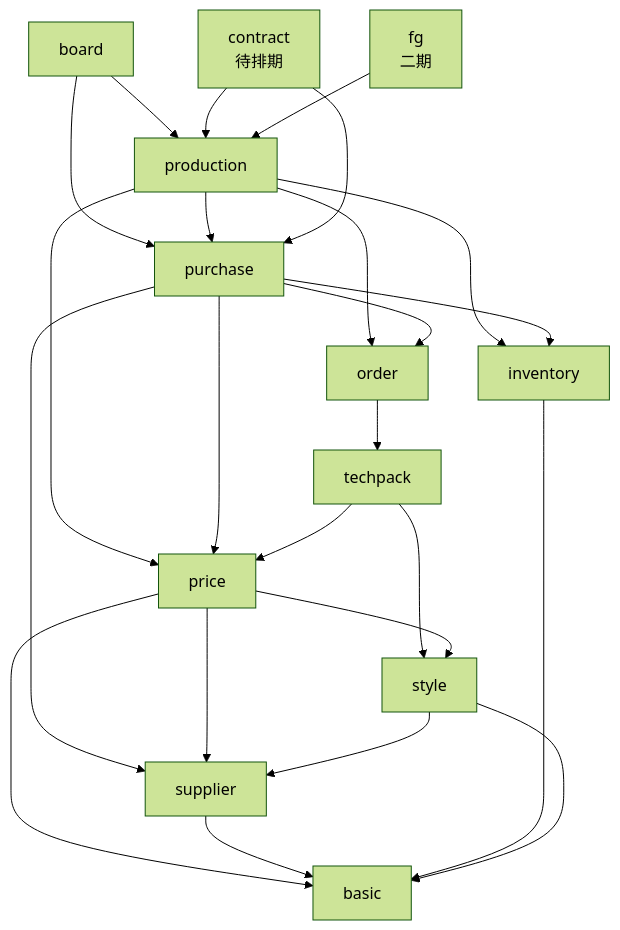
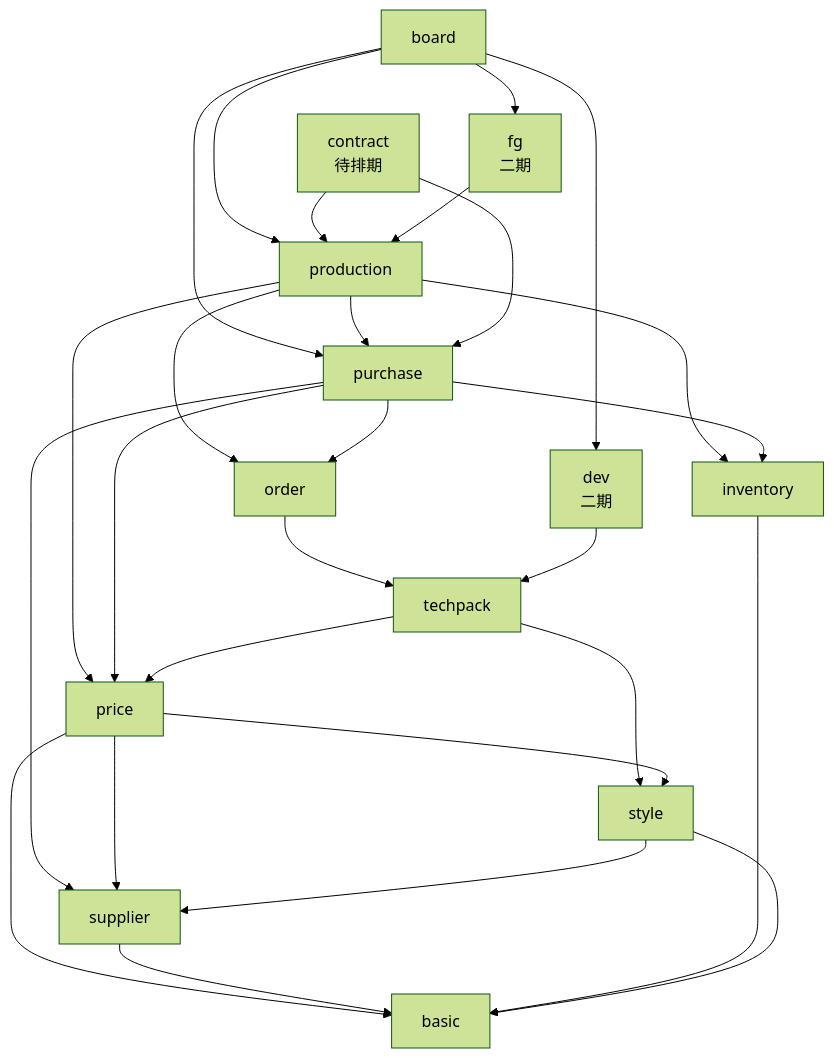
One commit to xiaoliangao/lingmao changed the second of 2 diagrams in docs/架构设计.md. Above: the diagram before and after it, drawn with Mermaid (forest theme). The commit also changed other lines of this file and 8 other files, not shown here.

````diff
--- a/docs/架构设计.md
+++ b/docs/架构设计.md
@@ -118,26 +119,29 @@
 ```mermaid
 flowchart TB
   bd[board] --> prd[production]
   bd --> pur[purchase]
   prd --> pur
   ctr[contract<br/>待排期] --> prd
   fg[fg<br/>二期] --> prd
   ctr --> pur
   prd --> ord[order]
   prd --> inv[inventory]
   prd --> prc[price]
   pur --> inv
   pur --> sup[supplier]
   pur --> prc
   pur --> ord
   ord --> tp[techpack]
+  dev[dev<br/>二期] --> tp
+  bd --> dev
+  bd --> fg
   tp --> sty[style]
   tp --> prc
   prc --> sup
   prc --> sty
   prc --> bas
   sty --> sup
   sup --> bas[basic]
   inv --> bas
   sty --> bas
 ```
````
